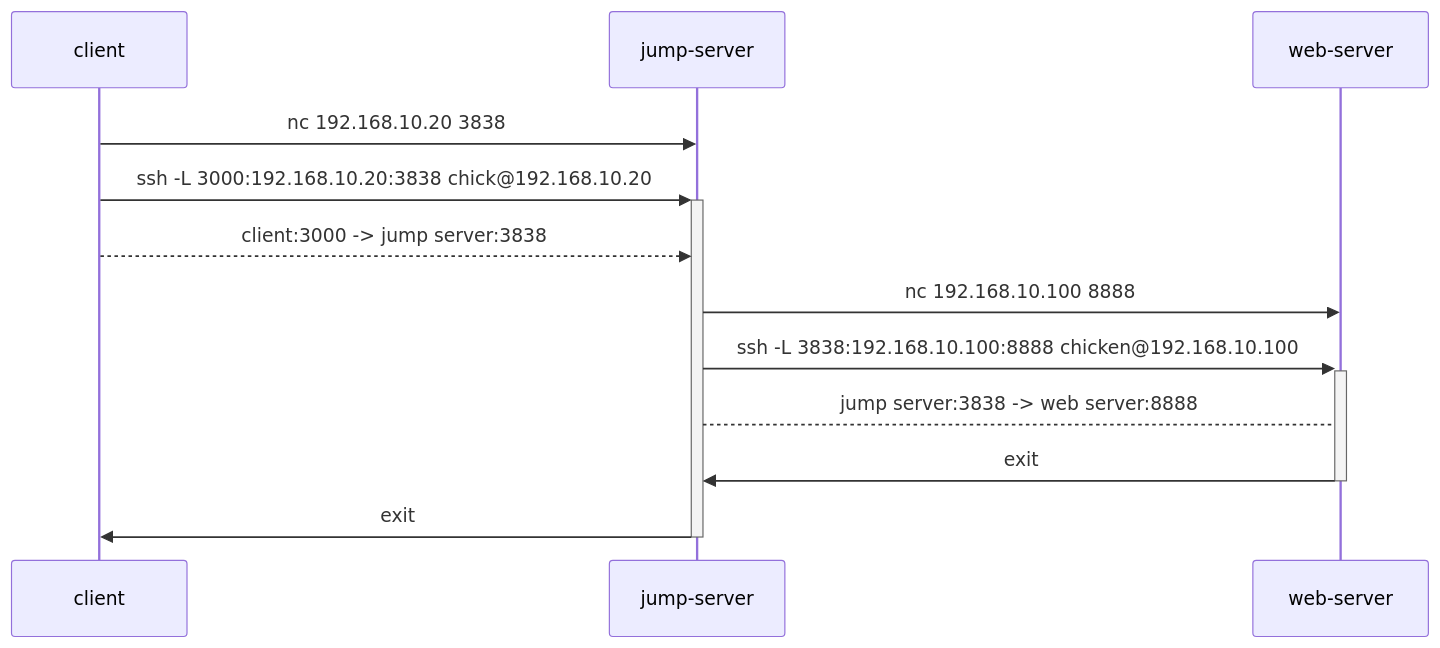
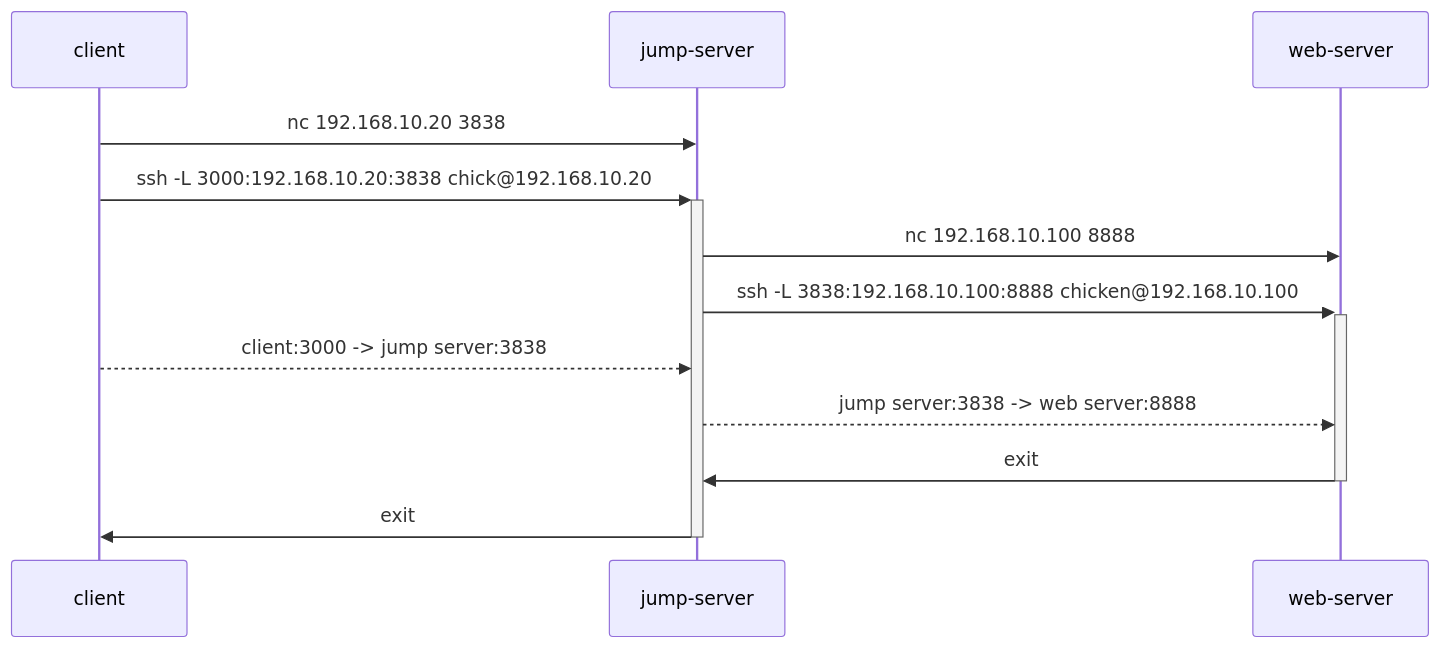
The first of 2 diagrams in local-port-forward.md (qwasium/ssh-memo), drawn with Mermaid before and after one commit.

````diff
--- a/local-port-forward.md
+++ b/local-port-forward.md
@@ -37,11 +37,11 @@
 ```mermaid
 sequenceDiagram
   client ->> jump-server: nc 192.168.10.20 3838
   client ->> +jump-server: ssh -L 3000:192.168.10.20:3838 chick@192.168.10.20
-  client -->> jump-server: client:3000 -> jump server:3838
   jump-server ->> web-server: nc 192.168.10.100 8888
   jump-server ->> +web-server: ssh -L 3838:192.168.10.100:8888 chicken@192.168.10.100
-  jump-server --> web-server: jump server:3838 -> web server:8888
+  client -->> jump-server: client:3000 -> jump server:3838
+  jump-server -->> web-server: jump server:3838 -> web server:8888
   web-server ->> -jump-server: exit
   jump-server ->> -client: exit
 ```
````
